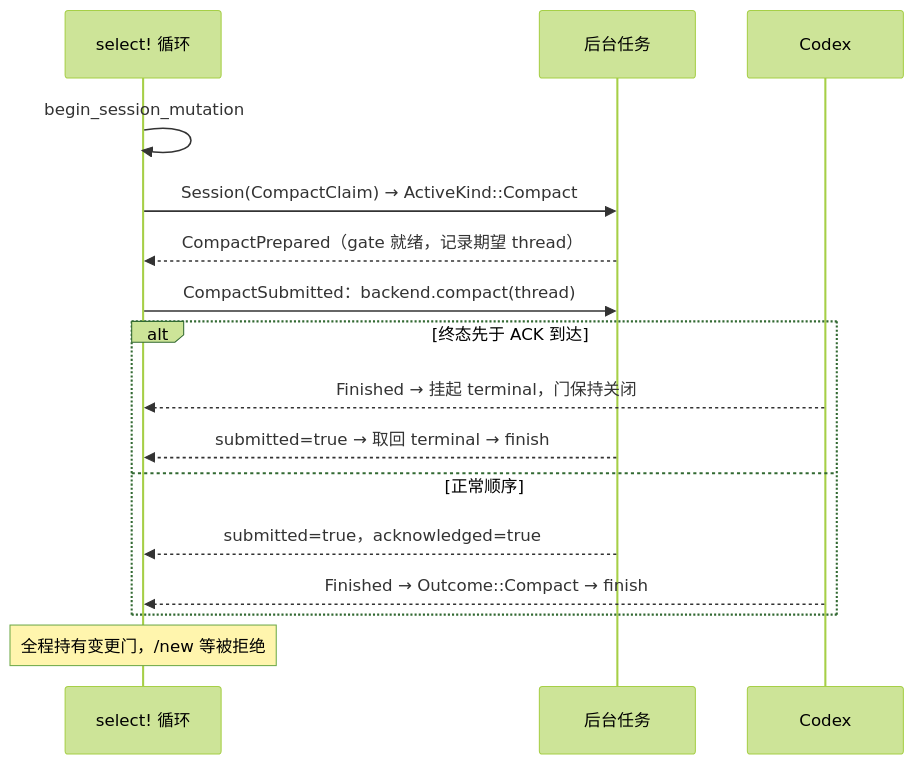
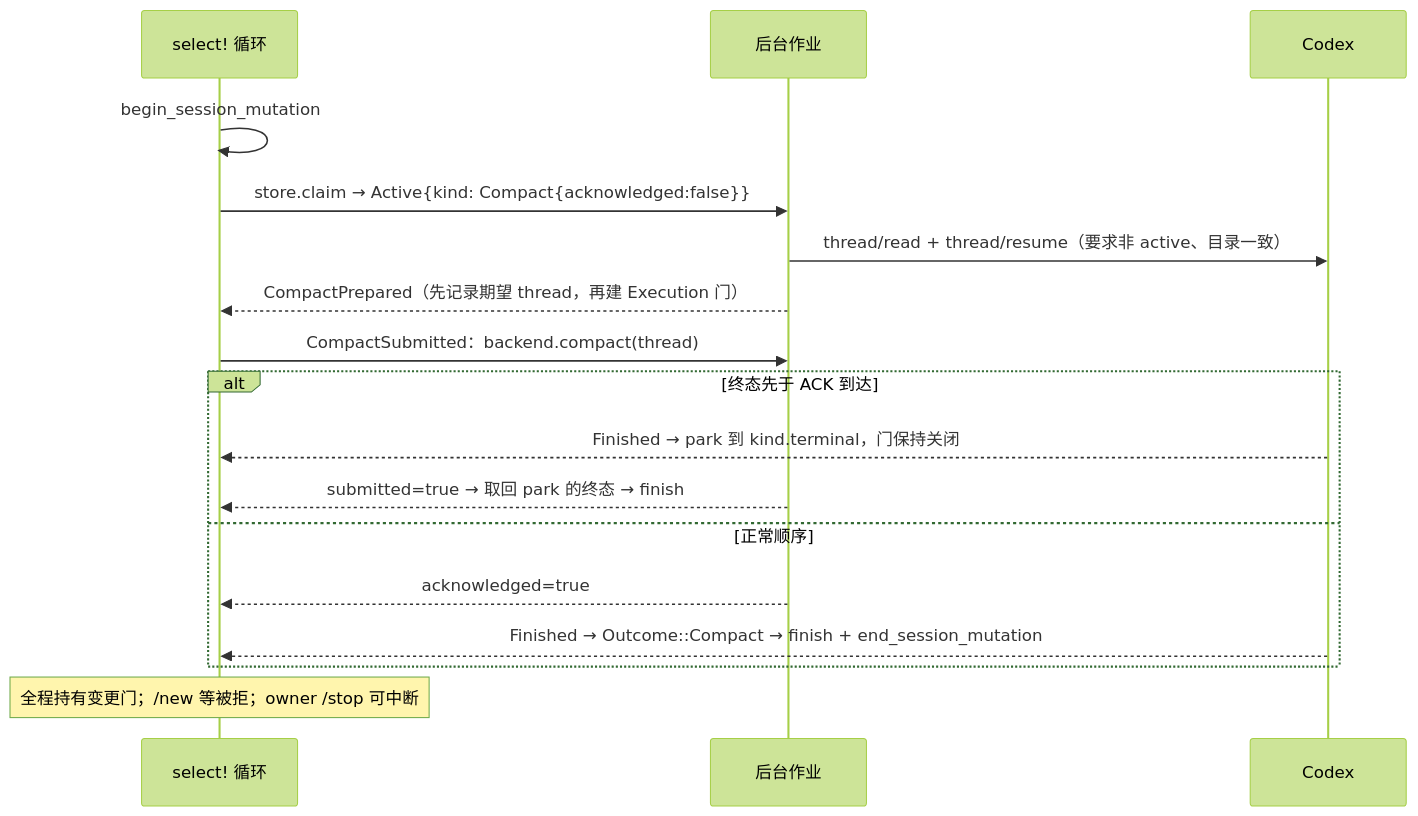
Before and after one commit to helloangus/feishu-codex-bridge: the seventh of 13 diagrams in docs/runtime-flows.md, drawn with Mermaid (forest theme). The commit also changed other lines of this file and 16 other files, not shown here.

````diff
--- a/docs/runtime-flows.md
+++ b/docs/runtime-flows.md
@@ -63,19 +156,20 @@
 ```mermaid
 sequenceDiagram
     participant RT as select! 循环
-    participant JB as 后台任务
+    participant JB as 后台作业
     participant CX as Codex
 
     RT->>RT: begin_session_mutation
-    RT->>JB: Session(CompactClaim) → ActiveKind::Compact
-    JB-->>RT: CompactPrepared（gate 就绪，记录期望 thread）
+    RT->>JB: store.claim → Active{kind: Compact{acknowledged:false}}
+    JB->>CX: thread/read + thread/resume（要求非 active、目录一致）
+    JB-->>RT: CompactPrepared（先记录期望 thread，再建 Execution 门）
     RT->>JB: CompactSubmitted：backend.compact(thread)
     alt 终态先于 ACK 到达
-        CX-->>RT: Finished → 挂起 terminal，门保持关闭
-        JB-->>RT: submitted=true → 取回 terminal → finish
+        CX-->>RT: Finished → park 到 kind.terminal，门保持关闭
+        JB-->>RT: submitted=true → 取回 park 的终态 → finish
     else 正常顺序
-        JB-->>RT: submitted=true，acknowledged=true
-        CX-->>RT: Finished → Outcome::Compact → finish
+        JB-->>RT: acknowledged=true
+        CX-->>RT: Finished → Outcome::Compact → finish + end_session_mutation
     end
-    Note over RT: 全程持有变更门，/new 等被拒绝
+    Note over RT: 全程持有变更门；/new 等被拒；owner /stop 可中断
 ```
````
